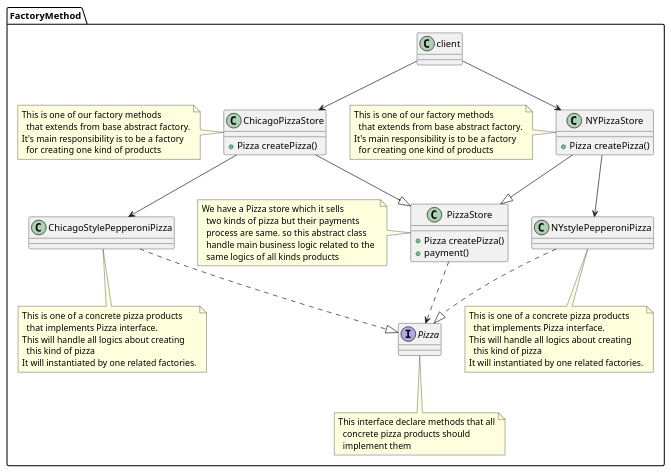
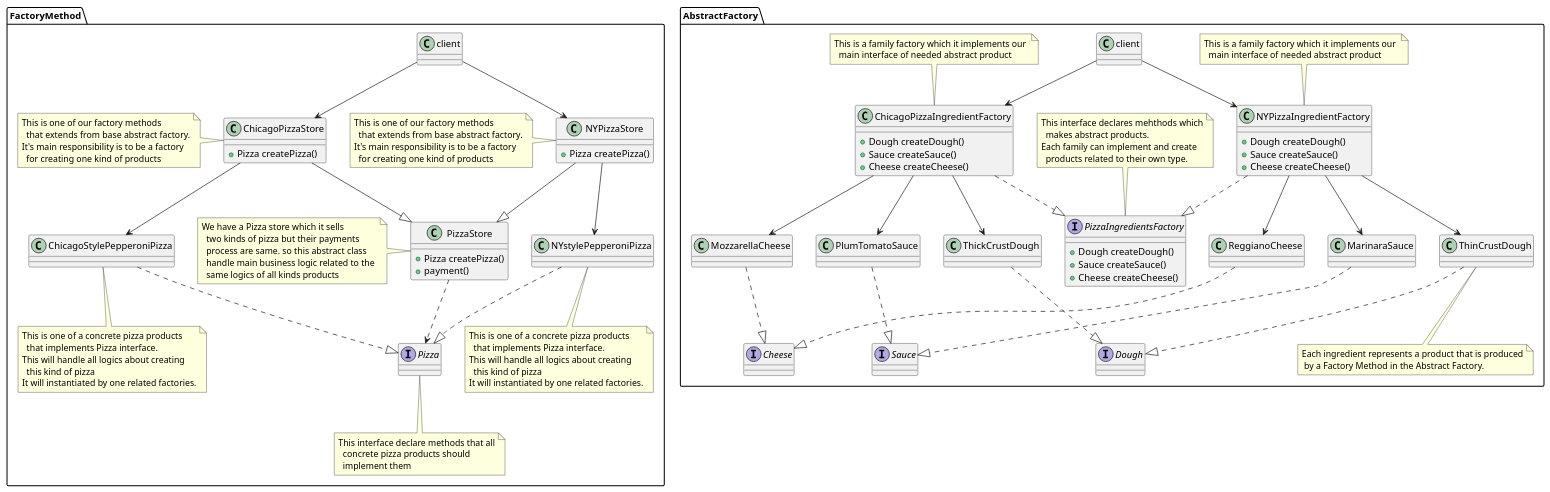
One commit to behnamrhp/ts-pattern-examples changed the diagram in creational/Abstract factory vs Factory Method/Abstract factory vs Factory Method.puml. Above: the diagram before and after it, drawn with PlantUML.

Commit message:
Add abstract factory example diagram

```diff
--- a/creational/Abstract factory vs Factory Method/Abstract factory vs Factory Method.puml
+++ b/creational/Abstract factory vs Factory Method/Abstract factory vs Factory Method.puml
@@ -1,73 +1,147 @@
 @startuml Abstract factory vs Factory Method
 
 package FactoryMethod {
   class PizzaStore {
     + Pizza createPizza()
     + payment()
   }
   note left
   We have a Pizza store which it sells
     two kinds of pizza but their payments 
     process are same. so this abstract class
     handle main business logic related to the 
     same logics of all kinds products
   end note
 
   interface Pizza {}
   note bottom
   This interface declare methods that all
     concrete pizza products should 
     implement them 
   end note
 
   PizzaStore ..> Pizza
 
   class NYPizzaStore {
     + Pizza createPizza()
   }
   note left
   This is one of our factory methods
     that extends from base abstract factory.
   It's main responsibility is to be a factory
     for creating one kind of products
   end note
   NYPizzaStore --|> PizzaStore
   NYPizzaStore --> NYstylePepperoniPizza
 
   class ChicagoPizzaStore {
     + Pizza createPizza()
   }
   note left
   This is one of our factory methods
     that extends from base abstract factory.
   It's main responsibility is to be a factory
     for creating one kind of products
   end note
   ChicagoPizzaStore --|> PizzaStore
   ChicagoPizzaStore --> ChicagoStylePepperoniPizza
 
   class client{}
   client --> ChicagoPizzaStore
   client --> NYPizzaStore
 
   class NYstylePepperoniPizza {}
   note bottom
   This is one of a concrete pizza products
     that implements Pizza interface. 
   This will handle all logics about creating 
     this kind of pizza
   It will instantiated by one related factories.
   end note
   NYstylePepperoniPizza ..|> Pizza
   class ChicagoStylePepperoniPizza{}
   note bottom
   This is one of a concrete pizza products
     that implements Pizza interface. 
   This will handle all logics about creating 
     this kind of pizza
   It will instantiated by one related factories.
   end note
   ChicagoStylePepperoniPizza ..|> Pizza
 }
 
+
+package AbstractFactory {
+  interface PizzaIngredientsFactory {
+    + Dough createDough()
+    + Sauce createSauce()
+    + Cheese createCheese()
+  }
+  note top
+  This interface declares mehthods which
+    makes abstract products.
+  Each family can implement and create 
+    products related to their own type. 
+  end note
+
+  class NYPizzaIngredientFactory {
+    + Dough createDough()
+    + Sauce createSauce()
+    + Cheese createCheese()
+  }
+  note top
+  This is a family factory which it implements our 
+    main interface of needed abstract product
+  end note
+  NYPizzaIngredientFactory ..|> PizzaIngredientsFactory
+
+  class ChicagoPizzaIngredientFactory {
+    + Dough createDough()
+    + Sauce createSauce()
+    + Cheese createCheese()
+  }
+  note top
+  This is a family factory which it implements our 
+    main interface of needed abstract product
+  end note
+  ChicagoPizzaIngredientFactory ..|> PizzaIngredientsFactory
+
+  interface Dough {}
+  interface Sauce {}
+  interface Cheese {}
+
+  class ThinCrustDough {}
+  note bottom
+  Each ingredient represents a product that is produced
+   by a Factory Method in the Abstract Factory.
+  end note
+  ThinCrustDough ..|> Dough
+  class ThickCrustDough {}
+  ThickCrustDough ..|> Dough
+
+  class MarinaraSauce {}
+  MarinaraSauce ..|> Sauce
+
+  class PlumTomatoSauce {}
+  PlumTomatoSauce ..|> Sauce
+
+  class ReggianoCheese {}
+  ReggianoCheese ..|> Cheese
+
+  class MozzarellaCheese {}
+  MozzarellaCheese ..|> Cheese
+
+  ChicagoPizzaIngredientFactory --> MozzarellaCheese  
+  ChicagoPizzaIngredientFactory --> PlumTomatoSauce  
+  ChicagoPizzaIngredientFactory --> ThickCrustDough 
+
+  NYPizzaIngredientFactory -->  ThinCrustDough
+  NYPizzaIngredientFactory -->  MarinaraSauce
+  NYPizzaIngredientFactory -->  ReggianoCheese
+
+  class client {}
+  client --> NYPizzaIngredientFactory
+  client --> ChicagoPizzaIngredientFactory
+}
+
 @enduml
```
